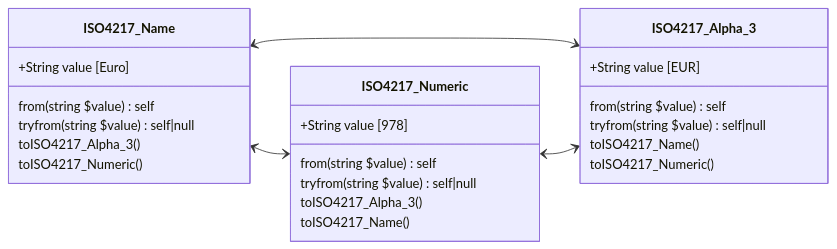
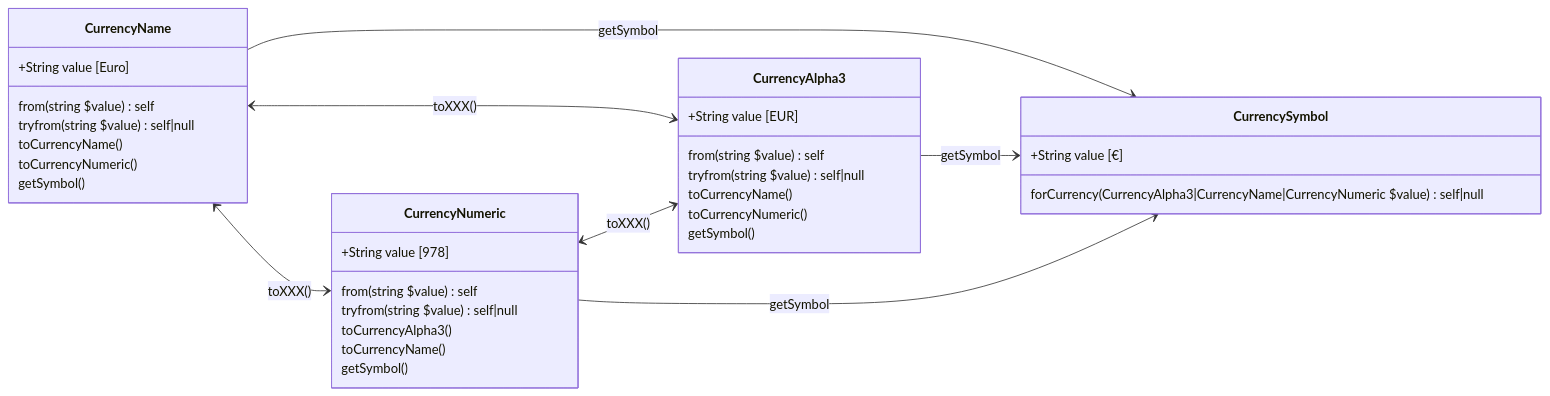
Before and after one commit to PrinsFrank/standards: the second of 4 diagrams in README.md, drawn with Mermaid. The commit also changed other lines of this file, not shown here.

````diff
--- a/README.md
+++ b/README.md
@@ -177,29 +204,40 @@
 ```mermaid
 classDiagram
     direction LR
-    class ISO4217_Alpha_3 {
+    class CurrencyAlpha3 {
         +String value [EUR]
         from(string $value) self
         tryfrom(string $value) self|null
-        toISO4217_Name()
-        toISO4217_Numeric()
+        toCurrencyName()
+        toCurrencyNumeric()
+        getSymbol()
     }
-    class ISO4217_Name {
+    class CurrencyName {
         +String value [Euro]
         from(string $value) self
         tryfrom(string $value) self|null
-        toISO4217_Alpha_3()
-        toISO4217_Numeric()
+        toCurrencyName()
+        toCurrencyNumeric()
+        getSymbol()
     }
-    class ISO4217_Numeric {
+    class CurrencyNumeric {
         +String value [978]
         from(string $value) self
         tryfrom(string $value) self|null
-        toISO4217_Alpha_3()
-        toISO4217_Name()
+        toCurrencyAlpha3()
+        toCurrencyName()
+        getSymbol()
+    }
+    class CurrencySymbol {
+        +String value [€]
+        forCurrency(CurrencyAlpha3|CurrencyName|CurrencyNumeric $value) self|null
     }
     
-    ISO4217_Name <--> ISO4217_Numeric
-    ISO4217_Name <--> ISO4217_Alpha_3
-    ISO4217_Numeric <--> ISO4217_Alpha_3
+    CurrencyName <--> CurrencyNumeric: toXXX()
+    CurrencyName <--> CurrencyAlpha3: toXXX()
+    CurrencyNumeric <--> CurrencyAlpha3: toXXX()
+    
+    CurrencyName --> CurrencySymbol: getSymbol
+    CurrencyAlpha3 --> CurrencySymbol: getSymbol
+    CurrencyNumeric --> CurrencySymbol: getSymbol
 ```
````
